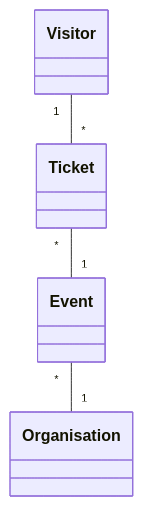
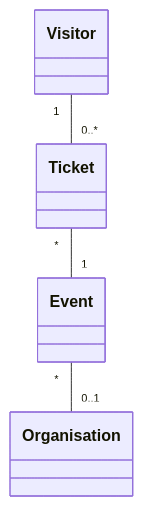
The second of 2 diagrams in README.md (JefGaspar/.NET), drawn with Mermaid before and after one commit. The commit also changed other lines of this file and 13 other files, not shown here.

````diff
--- a/README.md
+++ b/README.md
@@ -52,11 +52,11 @@
 ```mermaid
 classDiagram
     class Event
     class Ticket
     class Visitor
     class Organisation
     
-Visitor "1" -- "*" Ticket
+Visitor "1" -- "0..*" Ticket
 Ticket "*" -- "1" Event
-Event "*" -- "1" Organisation
+Event "*" -- "0..1" Organisation
 ```
````
